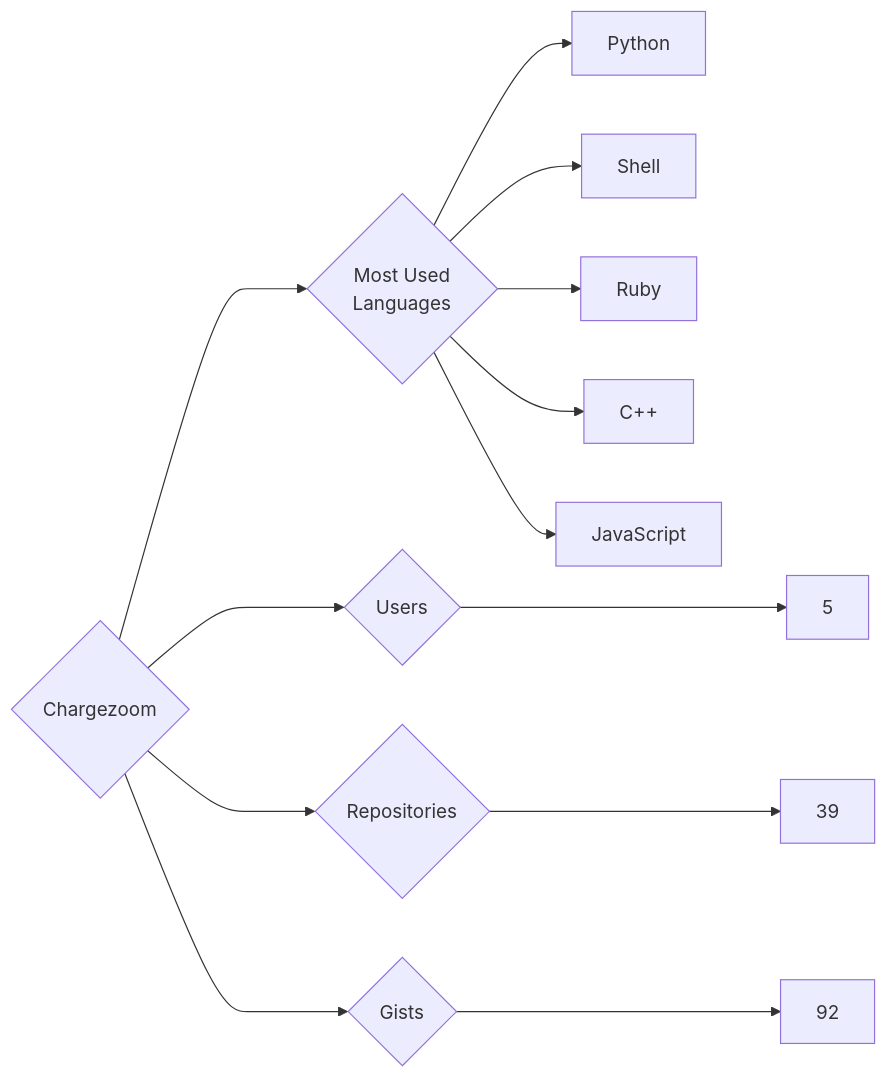
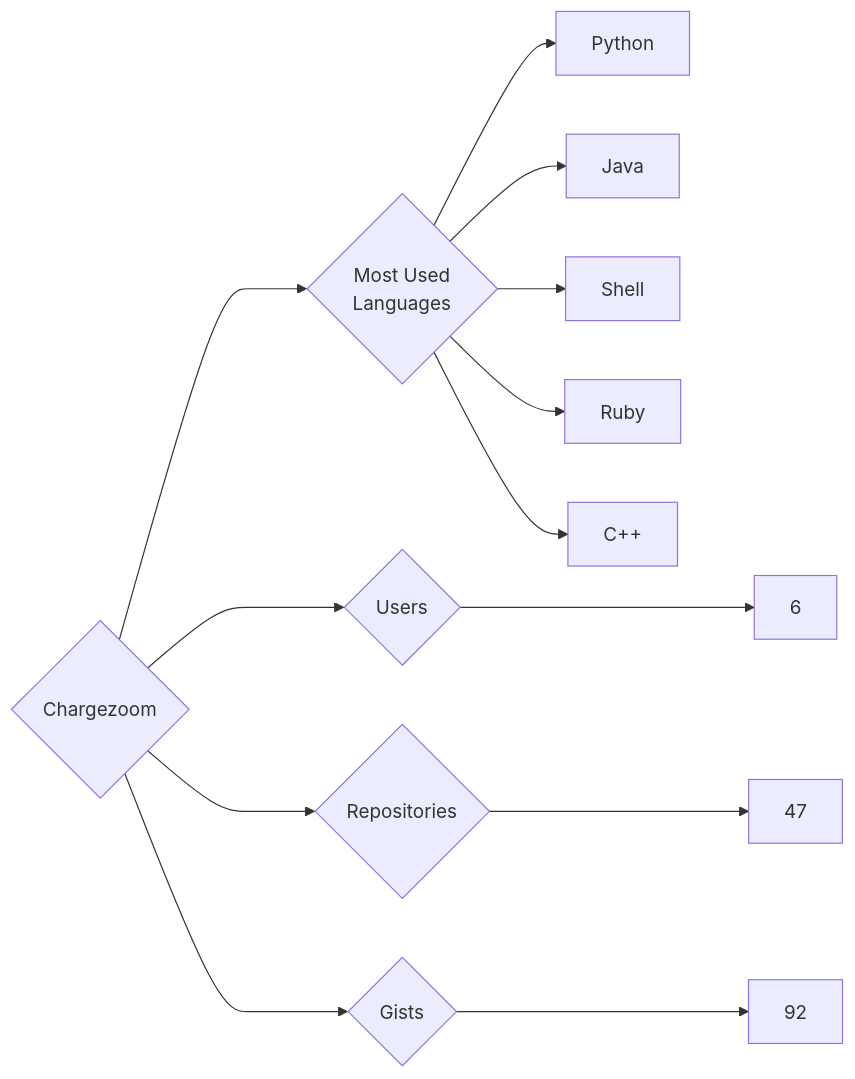
The diagram in targets/Chargezoom/README.md (trickest/insiders), drawn with Mermaid before and after one commit. The commit also changed 912 other files, not shown here.

````diff
--- a/targets/Chargezoom/README.md
+++ b/targets/Chargezoom/README.md
@@ -3,13 +3,13 @@
 ```mermaid
 graph LR
 COMPANY_NAME{Chargezoom}
-COMPANY_NAME ---> U{Users} ---> UN[5]
-COMPANY_NAME ---> R{Repositories} ---> RN[39]
+COMPANY_NAME ---> U{Users} ---> UN[6]
+COMPANY_NAME ---> R{Repositories} ---> RN[47]
 COMPANY_NAME ---> G{Gists} ---> GN[92]
 COMPANY_NAME ---> ML{Most Used<br>Languages}
 ML --> Python[Python]
+ML --> Java[Java]
 ML --> Shell[Shell]
 ML --> Ruby[Ruby]
 ML --> C++[C++]
-ML --> JavaScript[JavaScript]
 ```
````
